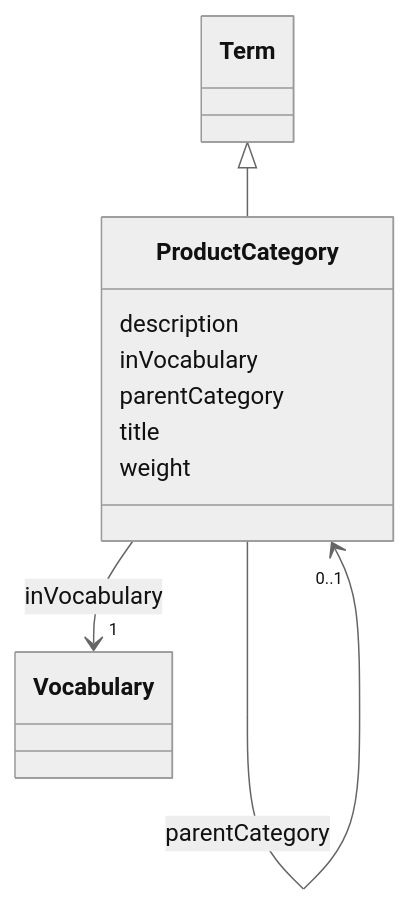
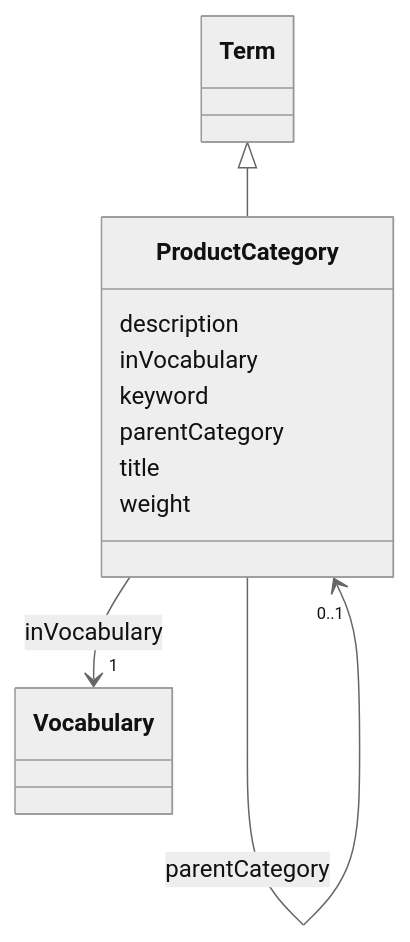
One commit to EVORA-project/evora-ontology changed the diagram in models/docs/ProductCategory.md. Above: the diagram before and after it, drawn with Mermaid (neutral theme). The commit also changed other lines of this file and 402 other files, not shown here.

````diff
--- a/models/docs/ProductCategory.md
+++ b/models/docs/ProductCategory.md
@@ -19,33 +19,35 @@
 ```mermaid
  classDiagram
     class ProductCategory
     click ProductCategory href "../ProductCategory"
       Term <|-- ProductCategory
         click Term href "../Term"
       
       ProductCategory : description
         
       ProductCategory : inVocabulary
         
           
     
     
     ProductCategory --> "1" Vocabulary : inVocabulary
     click Vocabulary href "../Vocabulary"
 
         
+      ProductCategory : keyword
+        
       ProductCategory : parentCategory
         
           
     
     
     ProductCategory --> "0..1" ProductCategory : parentCategory
     click ProductCategory href "../ProductCategory"
 
         
       ProductCategory : title
         
       ProductCategory : weight
         
       
 ```
````
